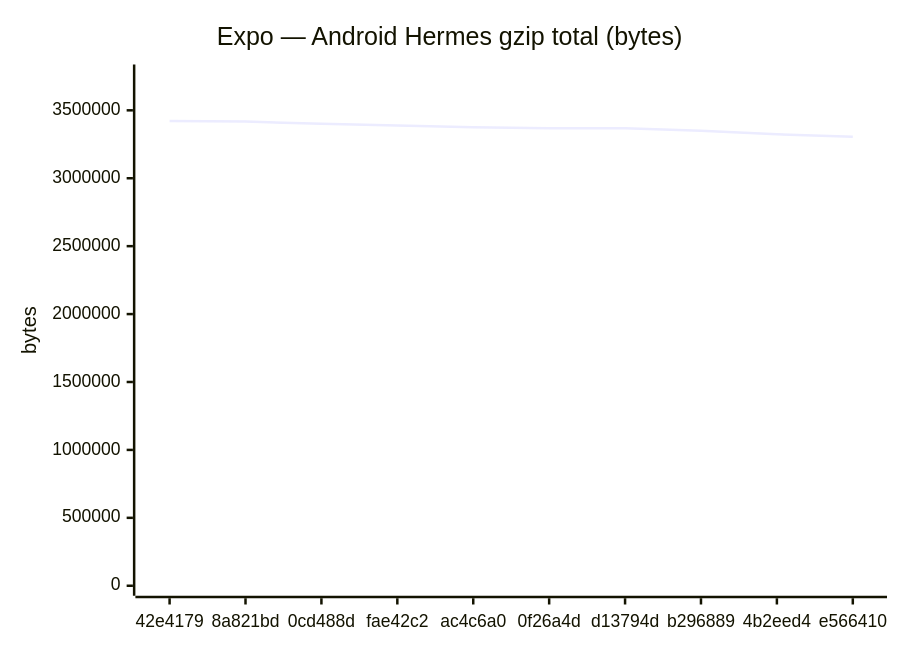
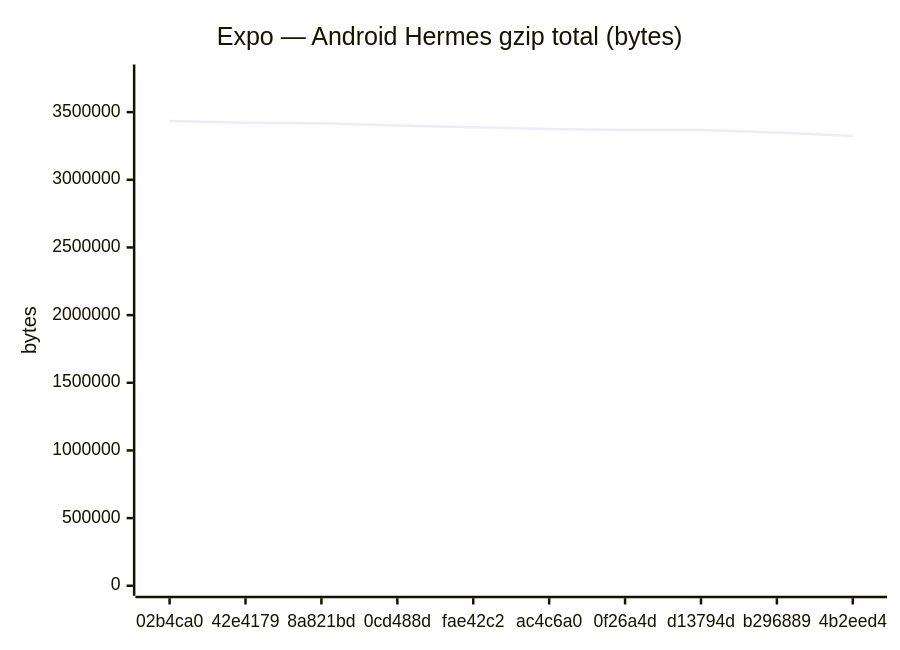
The fifth of 18 diagrams in benchmarks/compare.md (Metaheurist/Rianell), drawn with Mermaid before and after one commit. The commit also changed other lines of this file and 11 other files, not shown here.

````diff
--- a/benchmarks/compare.md
+++ b/benchmarks/compare.md
@@ -89,7 +89,7 @@
 ```mermaid
 xychart-beta
     title "Expo — Android Hermes gzip total (bytes)"
-    x-axis ["42e4179", "8a821bd", "0cd488d", "fae42c2", "ac4c6a0", "0f26a4d", "d13794d", "b296889", "4b2eed4", "e566410"]
-    y-axis "bytes" 0 --> 3763726
-    line [3421569, 3417622, 3400545, 3388765, 3375300, 3368860, 3368861, 3349208, 3324082, 3305549]
+    x-axis ["02b4ca0", "42e4179", "8a821bd", "0cd488d", "fae42c2", "ac4c6a0", "0f26a4d", "d13794d", "b296889", "4b2eed4"]
+    y-axis "bytes" 0 --> 3778099
+    line [3434635, 3421569, 3417622, 3400545, 3388765, 3375300, 3368860, 3368861, 3349208, 3324082]
 ```
````
